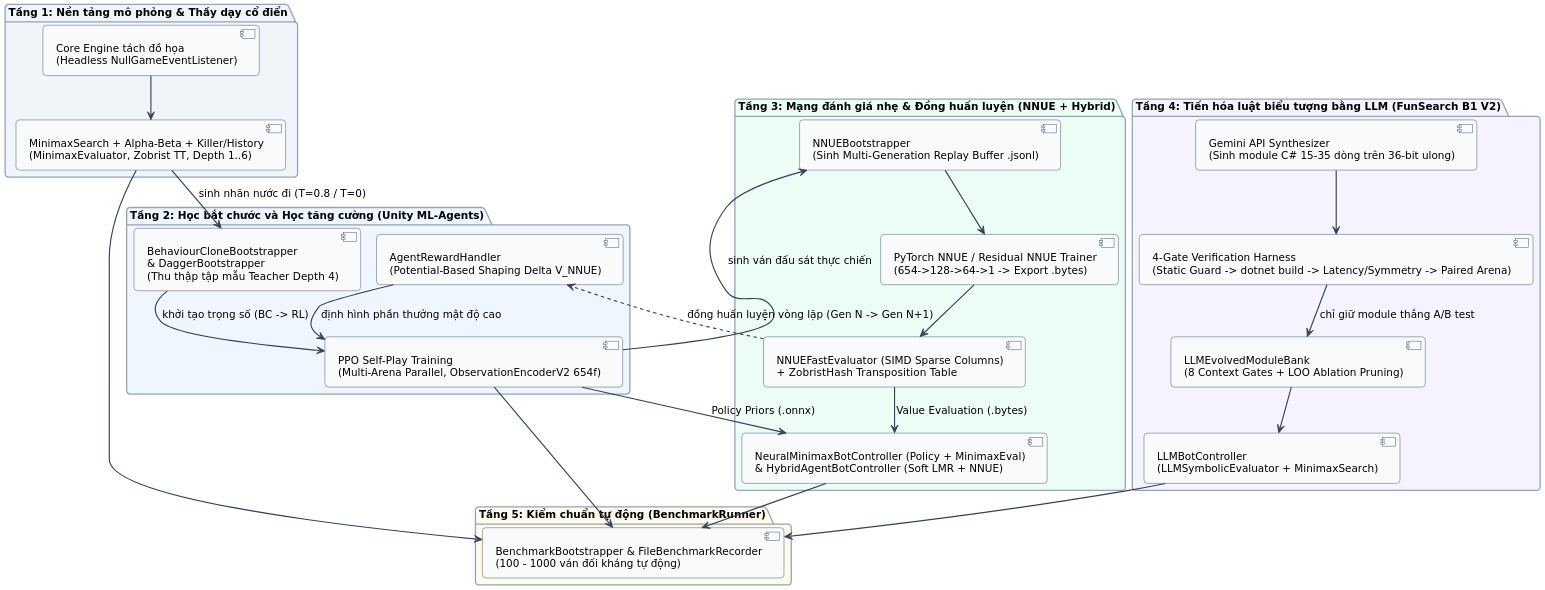
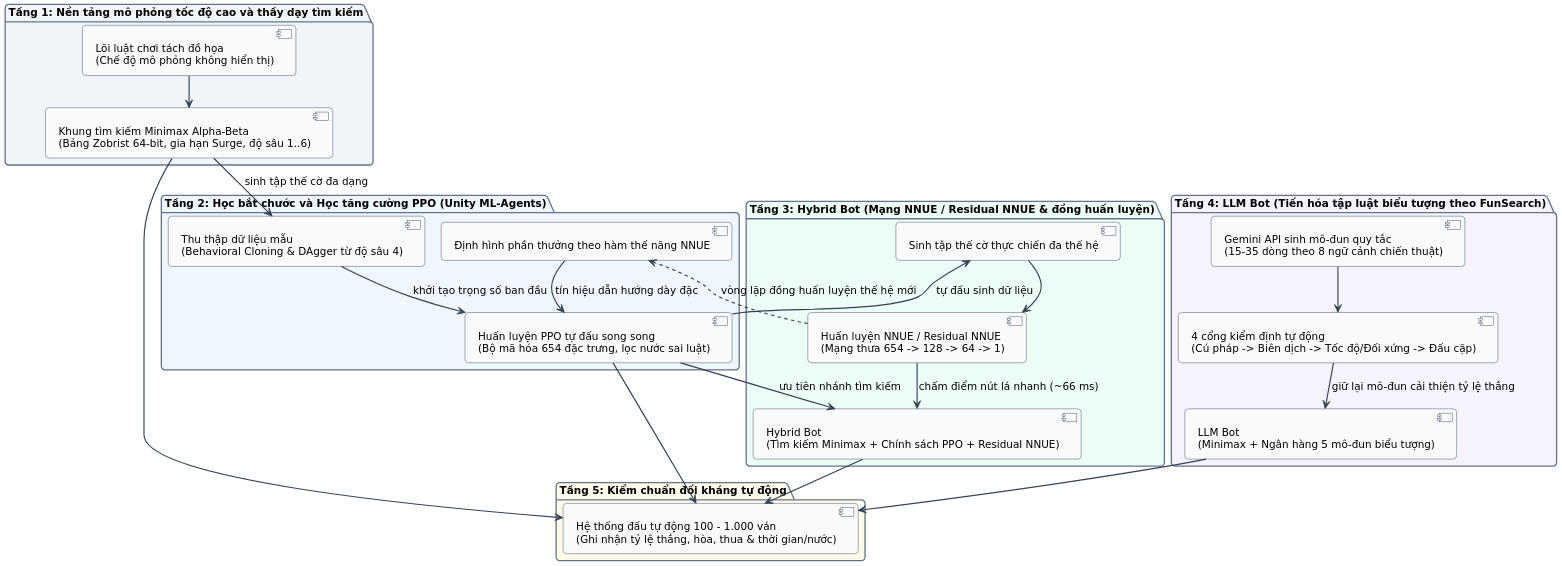
Before and after one commit to ThienVan1208/DACN-261-Report: the diagram in Diagrams/puml/09_pipeline_ai_training.puml, drawn with PlantUML. The commit also changed 46 other files, not shown here.

```diff
--- a/Diagrams/puml/09_pipeline_ai_training.puml
+++ b/Diagrams/puml/09_pipeline_ai_training.puml
@@ -1,83 +1,60 @@
 @startuml
 !pragma layout smetana
 skinparam dpi 170
 skinparam backgroundColor #FFFFFF
 skinparam shadowing false
 skinparam defaultFontName "DejaVu Sans"
 skinparam defaultFontSize 12
 skinparam roundcorner 8
 skinparam ArrowColor #334155
 skinparam ArrowThickness 1.3
-skinparam BorderColor #475569
-skinparam ClassBackgroundColor #F8FAFC
-skinparam ClassBorderColor #334155
-skinparam ClassHeaderBackgroundColor #E2E8F0
 skinparam PackageBackgroundColor #FFFFFF
 skinparam PackageBorderColor #64748B
 skinparam ComponentBackgroundColor #F8FAFC
 skinparam ComponentBorderColor #334155
-skinparam RectangleBackgroundColor #F8FAFC
-skinparam RectangleBorderColor #334155
-skinparam UsecaseBackgroundColor #F1F5F9
-skinparam UsecaseBorderColor #334155
-skinparam ActorBackgroundColor #E2E8F0
-skinparam ActorBorderColor #334155
-skinparam StateBackgroundColor #F8FAFC
-skinparam StateBorderColor #334155
-skinparam SequenceParticipantBackgroundColor #F1F5F9
-skinparam SequenceParticipantBorderColor #334155
-skinparam SequenceLifeLineBorderColor #64748B
-skinparam SequenceGroupBackgroundColor #F8FAFC
-skinparam SequenceGroupBorderColor #94A3B8
-skinparam NoteBackgroundColor #FFFBEB
-skinparam NoteBorderColor #D97706
 
 top to bottom direction
 
-package "Tầng 1: Nền tảng mô phỏng & Thầy dạy cổ điển" #F1F5F9 {
-  [Core Engine tách đồ họa\n(Headless NullGameEventListener)] as Core
-  [MinimaxSearch + Alpha-Beta + Killer/History\n(MinimaxEvaluator, Zobrist TT, Depth 1..6)] as Minimax
+package "Tầng 1: Nền tảng mô phỏng tốc độ cao và thầy dạy tìm kiếm" #F1F5F9 {
+  [Lõi luật chơi tách đồ họa\n(Chế độ mô phỏng không hiển thị)] as Core
+  [Khung tìm kiếm Minimax Alpha-Beta\n(Bảng Zobrist 64-bit, gia hạn Surge, độ sâu 1..6)] as Minimax
   Core --> Minimax
 }
 
-package "Tầng 2: Học bắt chước và Học tăng cường (Unity ML-Agents)" #EFF6FF {
-  [BehaviourCloneBootstrapper\n& DaggerBootstrapper\n(Thu thập tập mẫu Teacher Depth 4)] as BC
-  [PPO Self-Play Training\n(Multi-Arena Parallel, ObservationEncoderV2 654f)] as PPO
-  [AgentRewardHandler\n(Potential-Based Shaping Delta V_NNUE)] as Reward
-  Minimax --> BC : sinh nhãn nước đi (T=0.8 / T=0)
-  BC --> PPO : khởi tạo trọng số (BC -> RL)
-  Reward --> PPO : định hình phần thưởng mật độ cao
+package "Tầng 2: Học bắt chước và Học tăng cường PPO (Unity ML-Agents)" #EFF6FF {
+  [Thu thập dữ liệu mẫu\n(Behavioral Cloning & DAgger từ độ sâu 4)] as BC
+  [Huấn luyện PPO tự đấu song song\n(Bộ mã hóa 654 đặc trưng, lọc nước sai luật)] as PPO
+  [Định hình phần thưởng theo hàm thế năng NNUE] as Reward
+  Minimax --> BC : sinh tập thế cờ đa dạng
+  BC --> PPO : khởi tạo trọng số ban đầu
+  Reward --> PPO : tín hiệu dẫn hướng dày đặc
 }
 
-package "Tầng 3: Mạng đánh giá nhẹ & Đồng huấn luyện (NNUE + Hybrid)" #ECFDF5 {
-  [NNUEBootstrapper\n(Sinh Multi-Generation Replay Buffer .jsonl)] as NNUEData
-  [PyTorch NNUE / Residual NNUE Trainer\n(654->128->64->1 -> Export .bytes)] as NNUETrain
-  [NNUEFastEvaluator (SIMD Sparse Columns)\n+ ZobristHash Transposition Table] as NNUEEval
-  [NeuralMinimaxBotController (Policy + MinimaxEval)\n& HybridAgentBotController (Soft LMR + NNUE)] as Hybrid
-  PPO --> NNUEData : sinh ván đấu sát thực chiến
+package "Tầng 3: Hybrid Bot (Mạng NNUE / Residual NNUE & đồng huấn luyện)" #ECFDF5 {
+  [Sinh tập thế cờ thực chiến đa thế hệ] as NNUEData
+  [Huấn luyện NNUE / Residual NNUE\n(Mạng thưa 654 -> 128 -> 64 -> 1)] as NNUETrain
+  [Hybrid Bot\n(Tìm kiếm Minimax + Chính sách PPO + Residual NNUE)] as Hybrid
+  PPO --> NNUEData : tự đấu sinh dữ liệu
   NNUEData --> NNUETrain
-  NNUETrain --> NNUEEval
-  PPO --> Hybrid : Policy Priors (.onnx)
-  NNUEEval --> Hybrid : Value Evaluation (.bytes)
-  NNUEEval ..> Reward : đồng huấn luyện vòng lặp (Gen N -> Gen N+1)
+  PPO --> Hybrid : ưu tiên nhánh tìm kiếm
+  NNUETrain --> Hybrid : chấm điểm nút lá nhanh (~66 ms)
+  NNUETrain ..> Reward : vòng lặp đồng huấn luyện thế hệ mới
 }
 
-package "Tầng 4: Tiến hóa luật biểu tượng bằng LLM (FunSearch B1 V2)" #F5F3FF {
-  [Gemini API Synthesizer\n(Sinh module C# 15-35 dòng trên 36-bit ulong)] as Gemini
-  [4-Gate Verification Harness\n(Static Guard -> dotnet build -> Latency/Symmetry -> Paired Arena)] as Gate
-  [LLMEvolvedModuleBank\n(8 Context Gates + LOO Ablation Pruning)] as Bank
-  [LLMBotController\n(LLMSymbolicEvaluator + MinimaxSearch)] as LLMBot
+package "Tầng 4: LLM Bot (Tiến hóa tập luật biểu tượng theo FunSearch)" #F5F3FF {
+  [Gemini API sinh mô-đun quy tắc\n(15-35 dòng theo 8 ngữ cảnh chiến thuật)] as Gemini
+  [4 cổng kiểm định tự động\n(Cú pháp -> Biên dịch -> Tốc độ/Đối xứng -> Đấu cặp)] as Gate
+  [LLM Bot\n(Minimax + Ngân hàng 5 mô-đun biểu tượng)] as LLMBot
   Gemini --> Gate
-  Gate --> Bank : chỉ giữ module thắng A/B test
-  Bank --> LLMBot
+  Gate --> LLMBot : giữ lại mô-đun cải thiện tỷ lệ thắng
 }
 
-package "Tầng 5: Kiểm chuẩn tự động (BenchmarkRunner)" #FFFBEB {
-  [BenchmarkBootstrapper & FileBenchmarkRecorder\n(100 - 1000 ván đối kháng tự động)] as Bench
+package "Tầng 5: Kiểm chuẩn đối kháng tự động" #FFFBEB {
+  [Hệ thống đấu tự động 100 - 1.000 ván\n(Ghi nhận tỷ lệ thắng, hòa, thua & thời gian/nước)] as Bench
 }
 
 Minimax --> Bench
 PPO --> Bench
 Hybrid --> Bench
 LLMBot --> Bench
 @enduml
```
